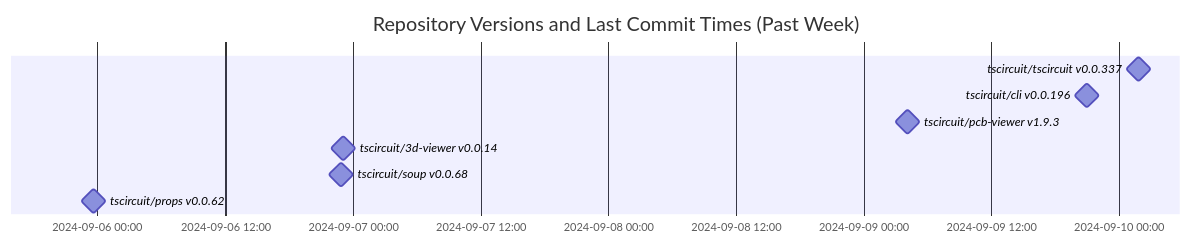
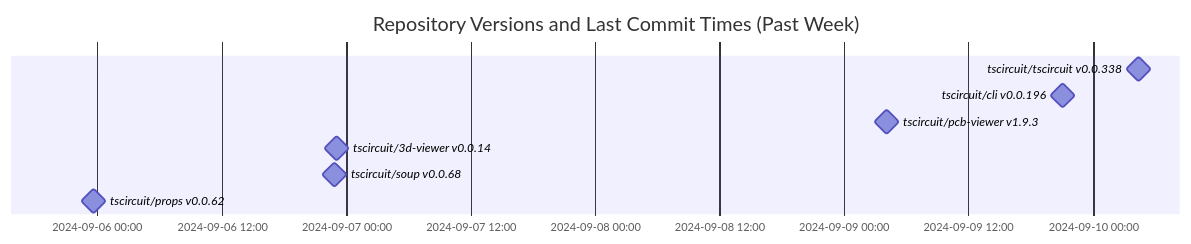
Before and after one commit to tscircuit/version-tracker: the diagram in README.md, drawn with Mermaid.

Commit message:
Update chart

````diff
--- a/README.md
+++ b/README.md
@@ -1,13 +1,13 @@
 ```mermaid
 gantt
   dateFormat  YYYY-MM-DD HH:mm:ss
   title Repository Versions and Last Commit Times (Past Week)
   axisFormat %Y-%m-%d %H:%M
 
-  tscircuit/tscircuit v0.0.337 : milestone, 2024-09-10 01:52:39, 1s
+  tscircuit/tscircuit v0.0.338 : milestone, 2024-09-10 04:23:10, 1s
   tscircuit/cli v0.0.196 : milestone, 2024-09-09 21:01:44, 1s
   tscircuit/pcb-viewer v1.9.3 : milestone, 2024-09-09 04:08:34, 1s
   tscircuit/3d-viewer v0.0.14 : milestone, 2024-09-06 23:07:26, 1s
   tscircuit/soup v0.0.68 : milestone, 2024-09-06 22:51:33, 1s
   tscircuit/props v0.0.62 : milestone, 2024-09-05 23:38:33, 1s
 ```
````
